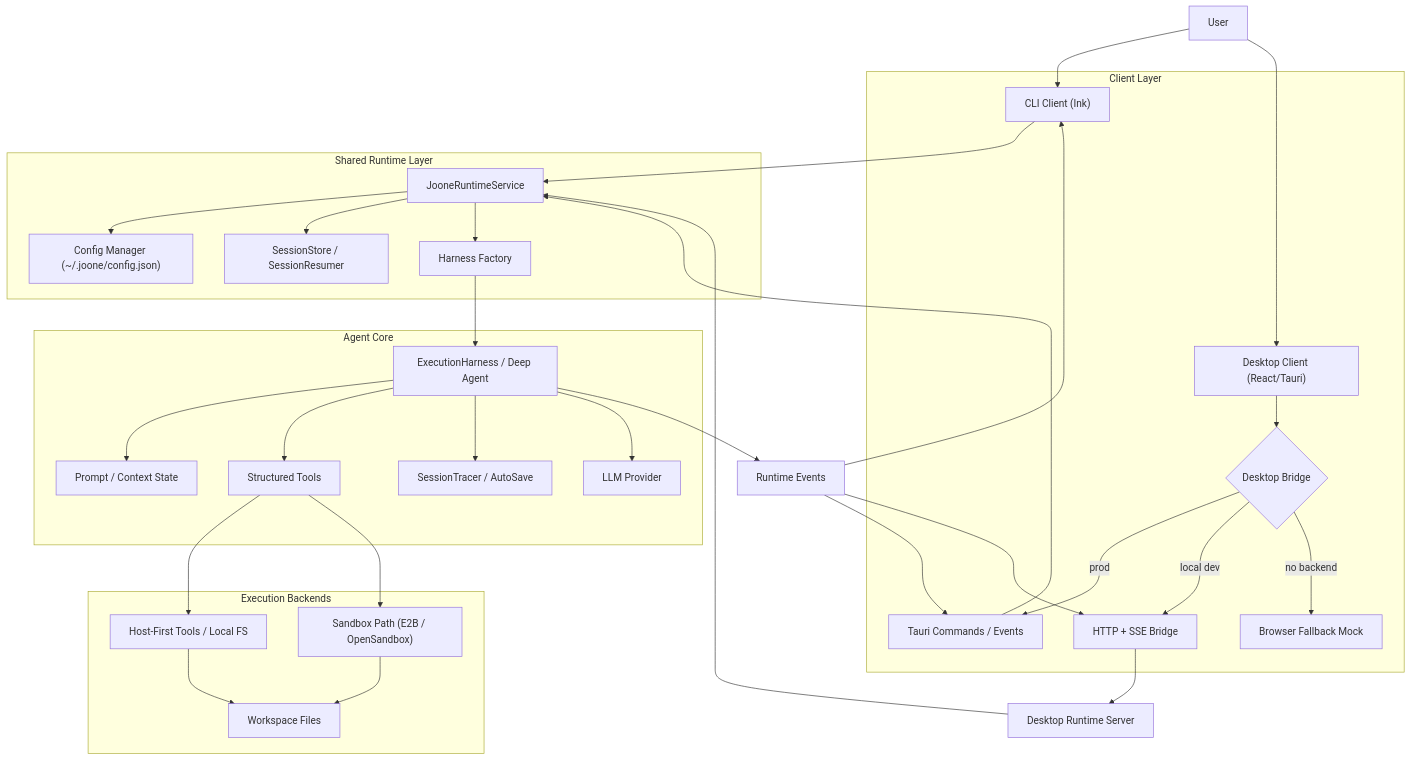
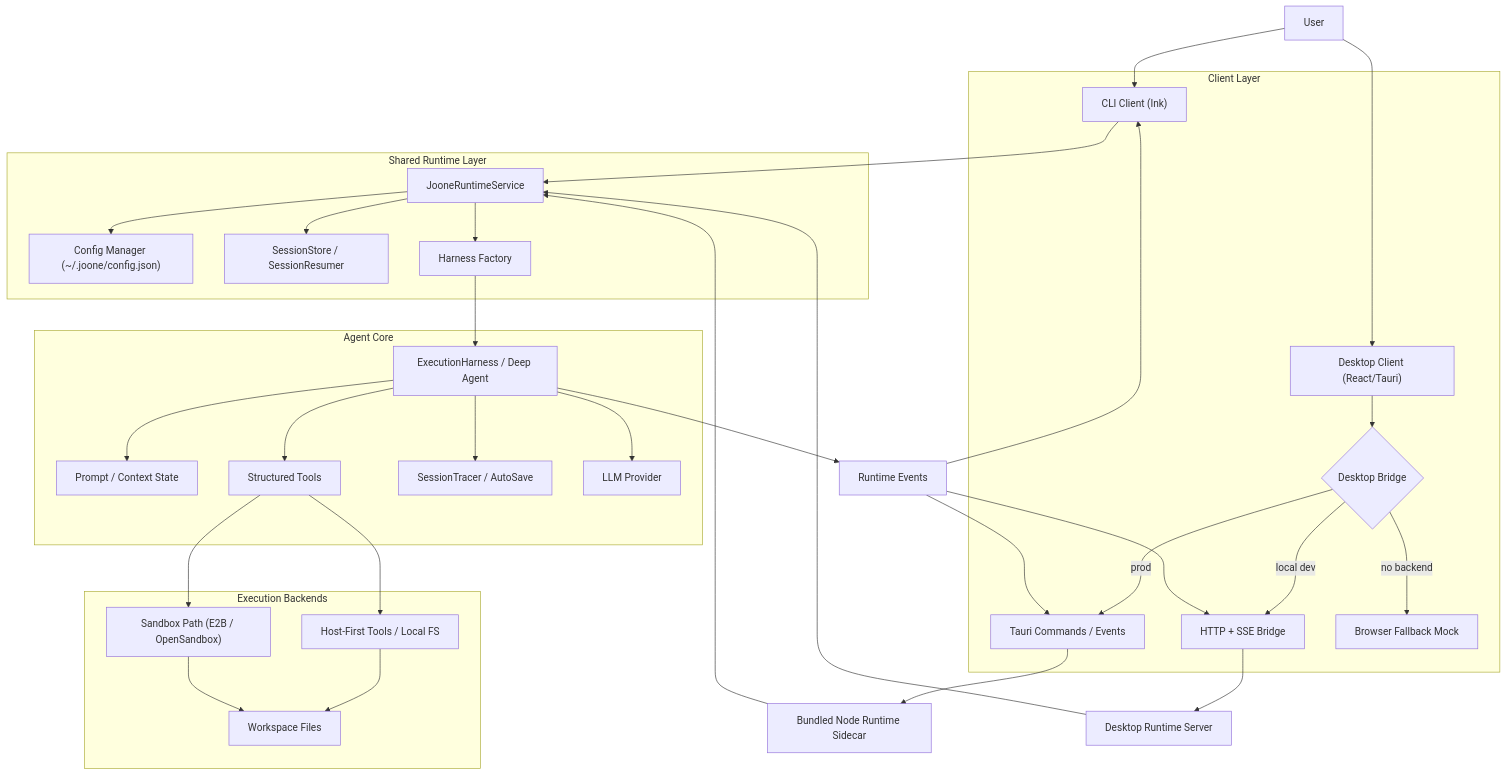
The diagram in docs/07_system_architecture.md (tuzzy08/joone), drawn with Mermaid before and after one commit. The commit also changed other lines of this file and 27 other files, not shown here.

````diff
--- a/docs/07_system_architecture.md
+++ b/docs/07_system_architecture.md
@@ -33,46 +33,47 @@
 ```mermaid
 graph TD
     User["User"] --> CLI["CLI Client (Ink)"]
     User --> Desktop["Desktop Client (React/Tauri)"]
 
     subgraph Client Layer
         CLI
         Desktop
         Desktop --> Bridge{"Desktop Bridge"}
         Bridge -->|prod| TauriBridge["Tauri Commands / Events"]
         Bridge -->|local dev| HttpBridge["HTTP + SSE Bridge"]
         Bridge -->|no backend| BrowserFallback["Browser Fallback Mock"]
     end
 
     CLI --> Runtime["JooneRuntimeService"]
-    TauriBridge --> Runtime
+    TauriBridge --> ManagedRuntime["Bundled Node Runtime Sidecar"]
+    ManagedRuntime --> Runtime
     HttpBridge --> DevServer["Desktop Runtime Server"]
     DevServer --> Runtime
 
     subgraph Shared Runtime Layer
         Runtime --> Config["Config Manager (~/.joone/config.json)"]
         Runtime --> Sessions["SessionStore / SessionResumer"]
         Runtime --> HarnessFactory["Harness Factory"]
     end
 
     HarnessFactory --> Harness["ExecutionHarness / Deep Agent"]
 
     subgraph Agent Core
         Harness --> Prompt["Prompt / Context State"]
         Harness --> Tools["Structured Tools"]
         Harness --> Tracer["SessionTracer / AutoSave"]
         Harness --> LLM["LLM Provider"]
     end
 
     subgraph Execution Backends
         Tools --> Host["Host-First Tools / Local FS"]
         Tools --> Sandbox["Sandbox Path (E2B / OpenSandbox)"]
         Host --> Workspace["Workspace Files"]
         Sandbox --> Workspace
     end
 
     Harness --> Events["Runtime Events"]
     Events --> CLI
     Events --> TauriBridge
     Events --> HttpBridge
 ```
````
